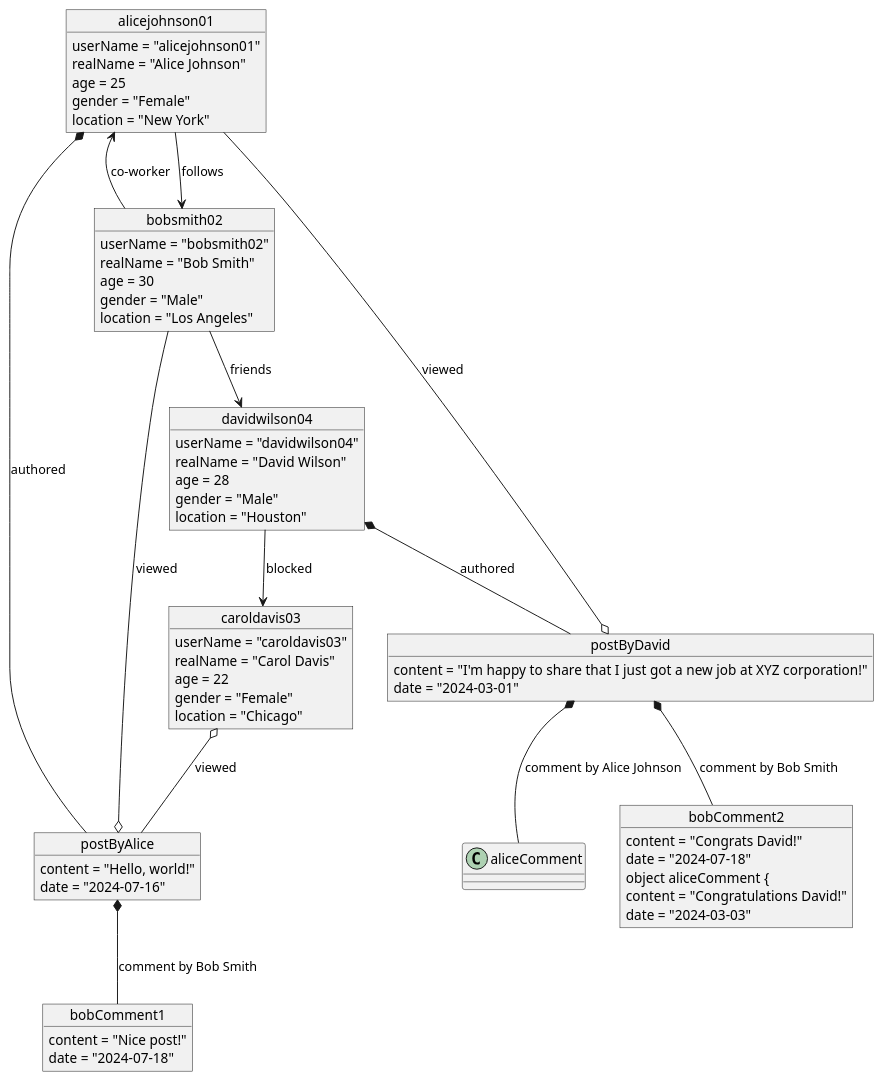
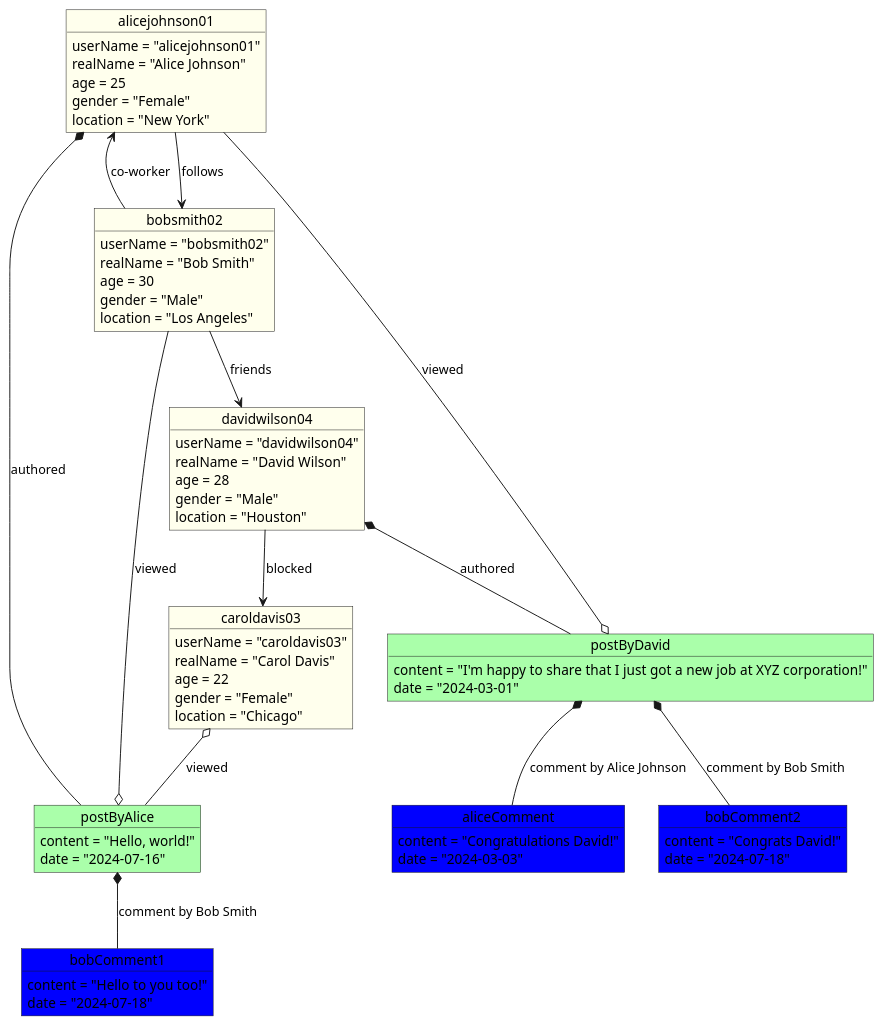
One commit to blakewatanabe/Assignment-5-Social-Media changed the diagram in Facebook.puml. Above: the diagram before and after it, drawn with PlantUML. The commit also changed 1 other file, not shown here.

```diff
--- a/Facebook.puml
+++ b/Facebook.puml
@@ -1,80 +1,80 @@
 @startuml
 
 ' Define Users
-object alicejohnson01 {
+object alicejohnson01 #FFFFED {
   userName = "alicejohnson01"
   realName = "Alice Johnson"
   age = 25
   gender = "Female"
   location = "New York"
 }
 
-object bobsmith02 {
+object bobsmith02 #FFFFED {
   userName = "bobsmith02"
   realName = "Bob Smith"
   age = 30
   gender = "Male"
   location = "Los Angeles"
 }
 
-object caroldavis03 {
+object caroldavis03 #FFFFED {
   userName = "caroldavis03"
   realName = "Carol Davis"
   age = 22
   gender = "Female"
   location = "Chicago"
 }
 
-object davidwilson04 {
+object davidwilson04 #FFFFED {
   userName = "davidwilson04"
   realName = "David Wilson"
   age = 28
   gender = "Male"
   location = "Houston"
 }
 
 ' Define Connections
-alicejohnson01 --> bobsmith02 : follows
+alicejohnson01 --> bobsmith02  : follows
 "bobsmith02" --> davidwilson04 : friends
 davidwilson04 --> caroldavis03 : blocked
 bobsmith02 --> alicejohnson01 : co-worker
 
 ' Define Posts
-object postByAlice {
+object postByAlice #AAFFAA {
   content = "Hello, world!"
   date = "2024-07-16"
 }
 
-object postByDavid {
+object postByDavid #AAFFAA{
   content = "I'm happy to share that I just got a new job at XYZ corporation!"
   date = "2024-03-01"
 }
 
 ' Define Comments
-object bobComment1 {
-  content = "Nice post!"
+object bobComment1 #0000FF {
+  content = "Hello to you too!"
   date = "2024-07-18"
 }
 
-object bobComment2 {
+object bobComment2 #0000FF{
   content = "Congrats David!"
   date = "2024-07-18"
+}
 
-
-object aliceComment {
+object aliceComment #0000FF {
   content = "Congratulations David!"
   date = "2024-03-03"
 }
 
 ' Relationships between users and posts/comments
 alicejohnson01 *-- postByAlice : authored
 postByAlice o-- bobsmith02 : viewed
 postByAlice *-- bobComment1 : comment by Bob Smith
 
 caroldavis03 o-- postByAlice : viewed
 davidwilson04 *-- postByDavid : authored
 postByDavid o-- alicejohnson01 : viewed
 postByDavid *-- bobComment2 : comment by Bob Smith
 postByDavid *-- aliceComment : comment by Alice Johnson
 
 @enduml
```
